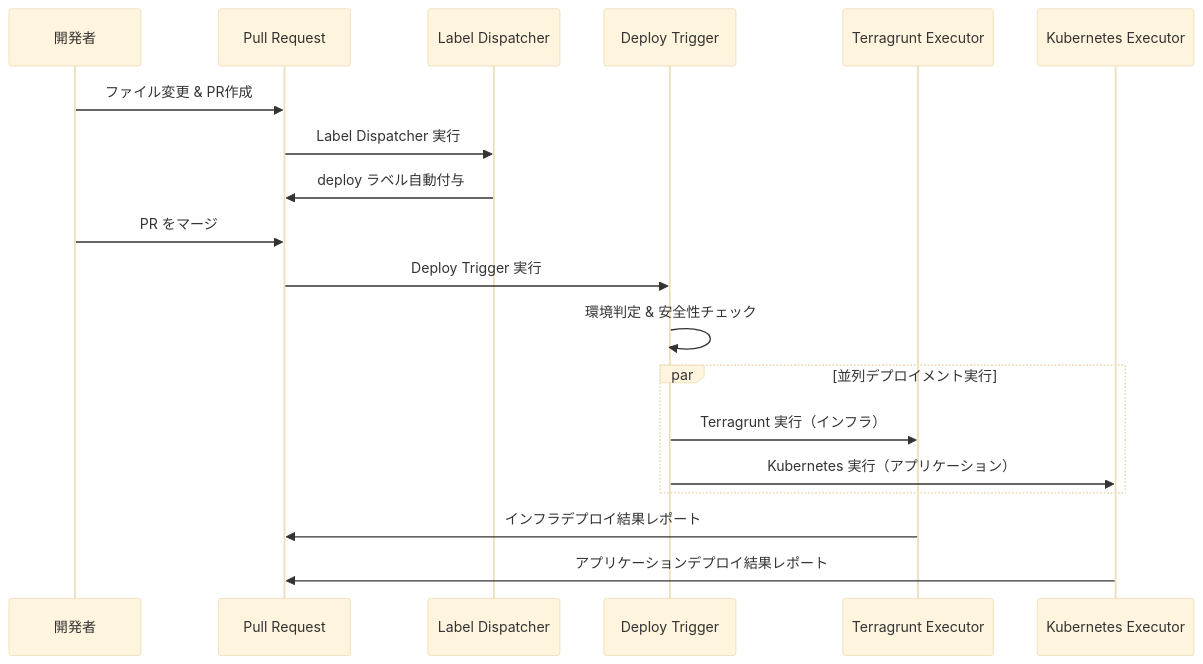
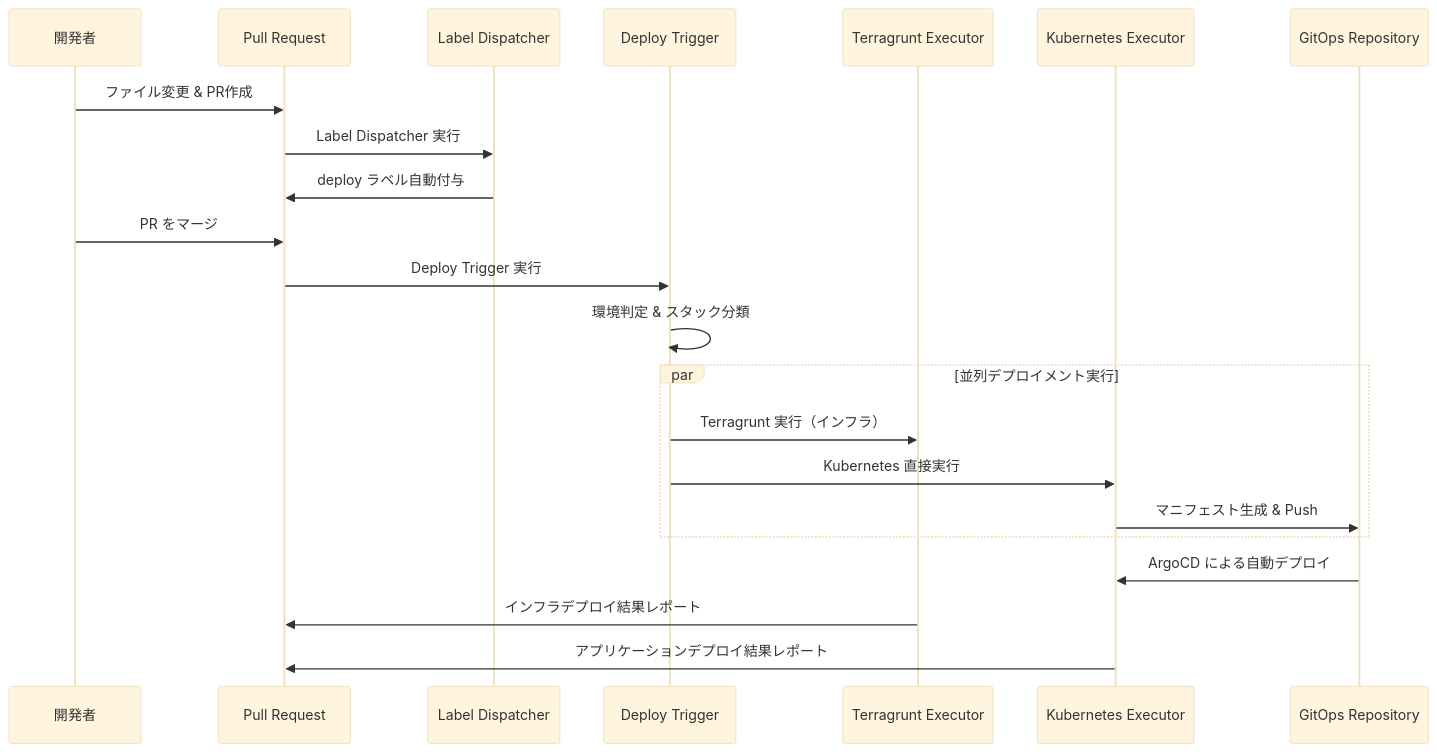
Before and after one commit to panicboat/monorepo: the first of 3 diagrams in .github/scripts/README.md, drawn with Mermaid (base theme). The commit also changed other lines of this file and 9 other files, not shown here.

````diff
--- a/.github/scripts/README.md
+++ b/.github/scripts/README.md
@@ -9,25 +9,28 @@
 ```mermaid
 sequenceDiagram
     participant Dev as 開発者
     participant PR as Pull Request
     participant LD as Label Dispatcher
     participant DT as Deploy Trigger
     participant TG as Terragrunt Executor
     participant K8s as Kubernetes Executor
+    participant GitOps as GitOps Repository
 
     Dev->>PR: ファイル変更 & PR作成
     PR->>LD: Label Dispatcher 実行
     LD->>PR: deploy ラベル自動付与
 
     Dev->>PR: PR をマージ
     PR->>DT: Deploy Trigger 実行
-    DT->>DT: 環境判定 & 安全性チェック
+    DT->>DT: 環境判定 & スタック分類
 
     par 並列デプロイメント実行
         DT->>TG: Terragrunt 実行（インフラ）
-        DT->>K8s: Kubernetes 実行（アプリケーション）
+        DT->>K8s: Kubernetes 直接実行
+        K8s->>GitOps: マニフェスト生成 & Push
     end
 
+    GitOps->>K8s: ArgoCD による自動デプロイ
     TG->>PR: インフラデプロイ結果レポート
     K8s->>PR: アプリケーションデプロイ結果レポート
 ```
````
